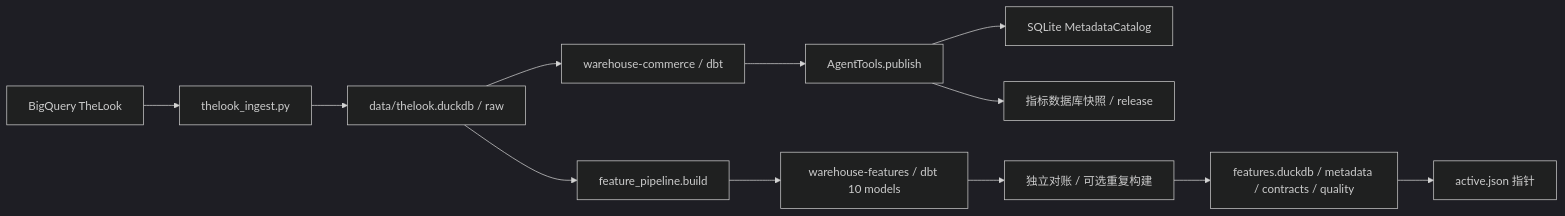
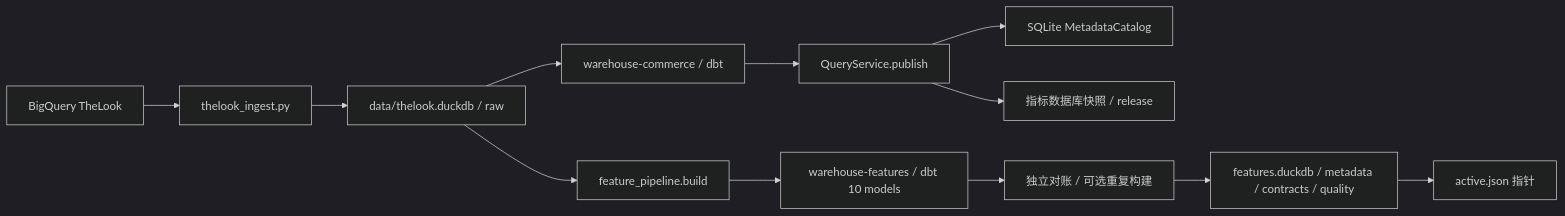
Before and after one commit to Nidhogg-maker/MyAgent: the first of 2 diagrams in docs/architecture.md, drawn with Mermaid (dark theme). The commit also changed other lines of this file and 23 other files, not shown here.

Commit message:
Clarify architecture navigation and separate query service from agent routing

````diff
--- a/docs/architecture.md
+++ b/docs/architecture.md
@@ -15,14 +15,14 @@
 ```mermaid
 flowchart LR
   G[BigQuery TheLook] --> I[thelook_ingest.py]
   I --> RAW[data/thelook.duckdb / raw]
   RAW --> C[warehouse-commerce / dbt]
-  C --> PUB[AgentTools.publish]
+  C --> PUB[QueryService.publish]
   PUB --> CAT[SQLite MetadataCatalog]
   PUB --> SNAP[指标数据库快照 / release]
   RAW --> FP[feature_pipeline.build]
   FP --> DBT[warehouse-features / dbt 10 models]
   DBT --> CHECK[独立对账 / 可选重复构建]
   CHECK --> REL[features.duckdb / metadata / contracts / quality]
   REL --> ACTIVE[active.json 指针]
 ```
````
